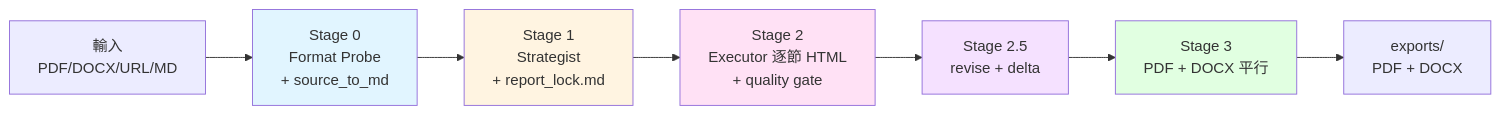
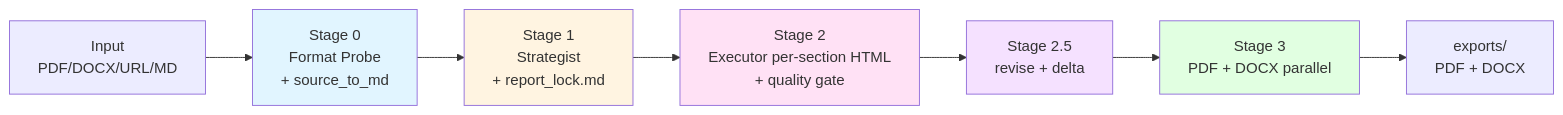
Before and after one commit to HTTP404Not-Found/Report-master: the diagram in README.md, drawn with Mermaid. The commit also changed other lines of this file and 1 other file, not shown here.

````diff
--- a/README.md
+++ b/README.md
@@ -414,15 +321,15 @@
 ```mermaid
 graph LR
-    Input[輸入<br/>PDF/DOCX/URL/MD] --> S0[Stage 0<br/>Format Probe<br/>+ source_to_md]
+    Input[Input<br/>PDF/DOCX/URL/MD] --> S0[Stage 0<br/>Format Probe<br/>+ source_to_md]
     S0 --> S1[Stage 1<br/>Strategist<br/>+ report_lock.md]
-    S1 --> S2[Stage 2<br/>Executor 逐節 HTML<br/>+ quality gate]
+    S1 --> S2[Stage 2<br/>Executor per-section HTML<br/>+ quality gate]
     S2 --> S25[Stage 2.5<br/>revise + delta]
-    S25 --> S3[Stage 3<br/>PDF + DOCX 平行]
+    S25 --> S3[Stage 3<br/>PDF + DOCX parallel]
     S3 --> Out[exports/<br/>PDF + DOCX]
 
     style S0 fill:#e1f5ff
     style S1 fill:#fff4e1
     style S2 fill:#ffe1f5
     style S25 fill:#f5e1ff
     style S3 fill:#e1ffe1
 ```
````
